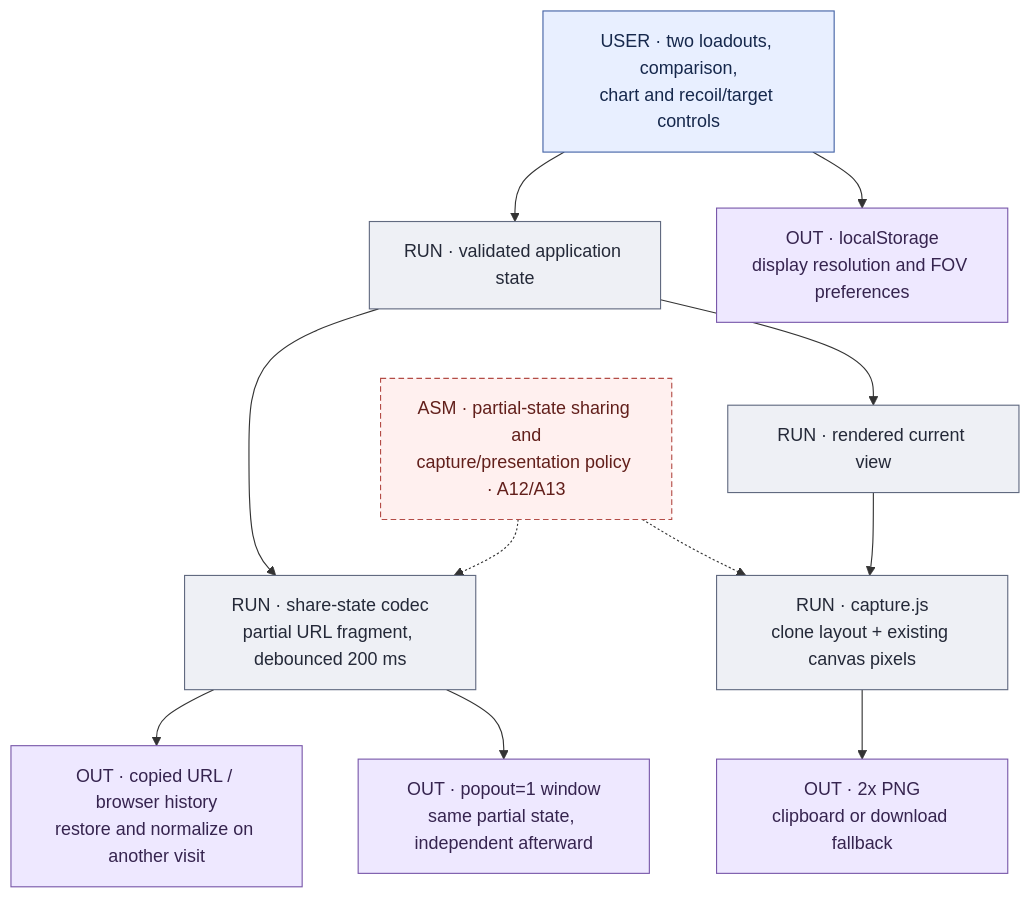
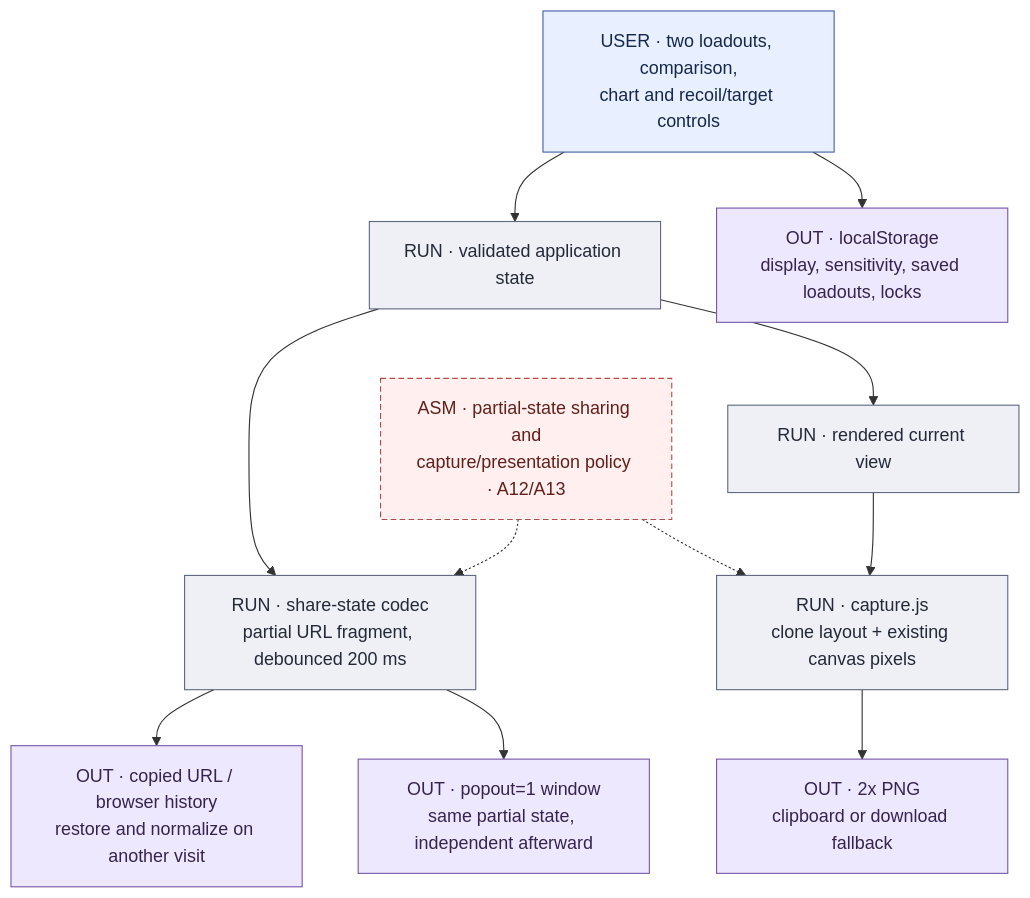
Before and after one commit to raymdl/BF6-Weapon-Analyzer: the second of 3 diagrams in docs/data-flow/UI_PUBLISHING.md, drawn with Mermaid. The commit also changed other lines of this file and 7 other files, not shown here.

First line of the commit message:
Data-flow atlas re-checked against af612b3: 2.1.1.0 source chain, Season 5 counts, current UI

````diff
--- a/docs/data-flow/UI_PUBLISHING.md
+++ b/docs/data-flow/UI_PUBLISHING.md
@@ -64,27 +76,27 @@
 ```mermaid
 flowchart TB
     U["USER · two loadouts, comparison,<br/>chart and recoil/target controls"]:::src
     S["RUN · validated application state"]:::run
     URL["RUN · share-state codec<br/>partial URL fragment, debounced 200 ms"]:::run
     L["OUT · copied URL / browser history<br/>restore and normalize on another visit"]:::out
     POP["OUT · popout=1 window<br/>same partial state, independent afterward"]:::out
-    LS["OUT · localStorage<br/>display resolution and FOV preferences"]:::out
+    LS["OUT · localStorage<br/>display, sensitivity, saved loadouts, locks"]:::out
     V["RUN · rendered current view"]:::run
     CAP["RUN · capture.js<br/>clone layout + existing canvas pixels"]:::run
     PNG["OUT · 2x PNG<br/>clipboard or download fallback"]:::out
     A["ASM · partial-state sharing and<br/>capture/presentation policy · A12/A13"]:::asm
     U --> S
     S --> URL
     URL --> L
     URL --> POP
     U --> LS
     S --> V
     V --> CAP
     CAP --> PNG
     A -.-> URL
     A -.-> CAP
     classDef src fill:#e8efff,stroke:#4463a6,color:#16284c
     classDef run fill:#eef0f5,stroke:#616a80,color:#242938
     classDef asm fill:#fff0ef,stroke:#b34c46,color:#621f1b,stroke-dasharray:5 3
     classDef out fill:#eee8ff,stroke:#7958aa,color:#36244f
 ```
````
